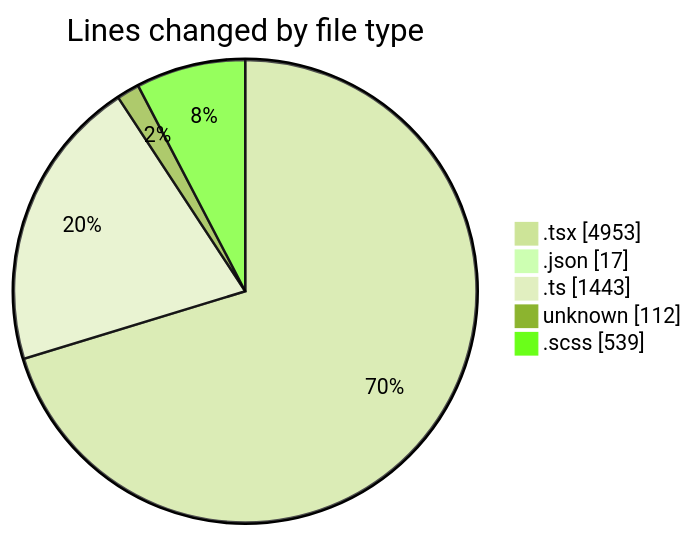
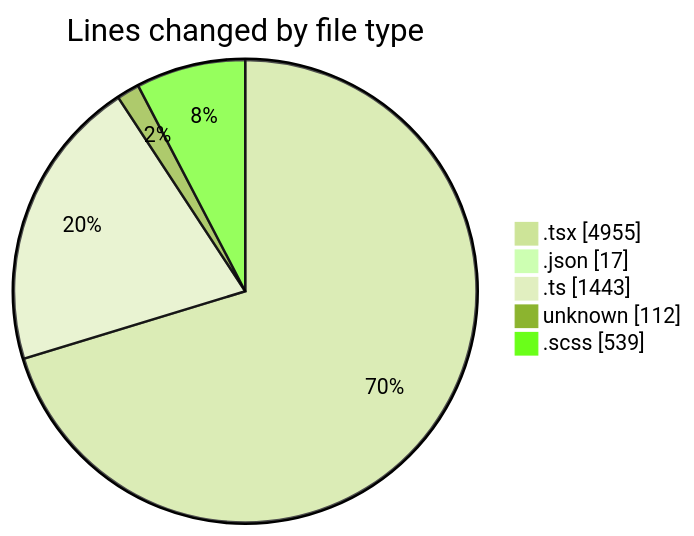
One commit to momahboobian/code-tracking changed the first of 2 diagrams in 2026-04-30/cda/README.md. Above: the diagram before and after it, drawn with Mermaid (forest theme). The commit also changed other lines of this file and 1 other file, not shown here.

````diff
--- a/2026-04-30/cda/README.md
+++ b/2026-04-30/cda/README.md
@@ -69,9 +69,9 @@
 ```mermaid
 pie showData
 title Lines changed by file type
-".tsx" : 4953
+".tsx" : 4955
 ".json" : 17
 ".ts" : 1443
 "unknown" : 112
 ".scss" : 539
 ```
````
